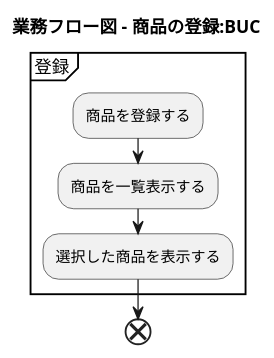
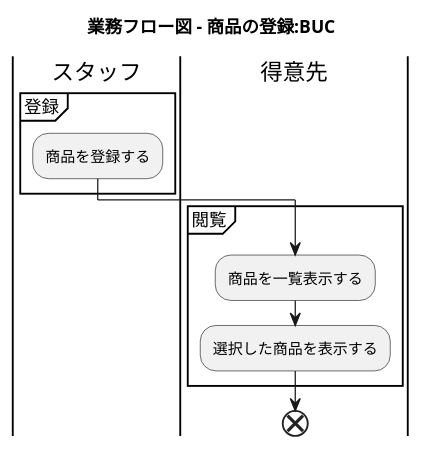
Before and after one commit to k2works/application_programing_excercise_2022: the eighth of 39 diagrams in docs/index.adoc, drawn with PlantUML. The commit also changed other lines of this file, not shown here.

```diff
--- a/docs/index.adoc
+++ b/docs/index.adoc
@@ -325,17 +325,19 @@
 [plantuml]
 ----
 @startuml
 
 title 業務フロー図 - 商品の登録:BUC
 
 |スタッフ|
 partition 登録 {
     :商品を登録する;
+}
+|得意先|
+partition 閲覧 {
     :商品を一覧表示する;
     :選択した商品を表示する;
 }
-
 end
 
 @enduml
 ----
```
